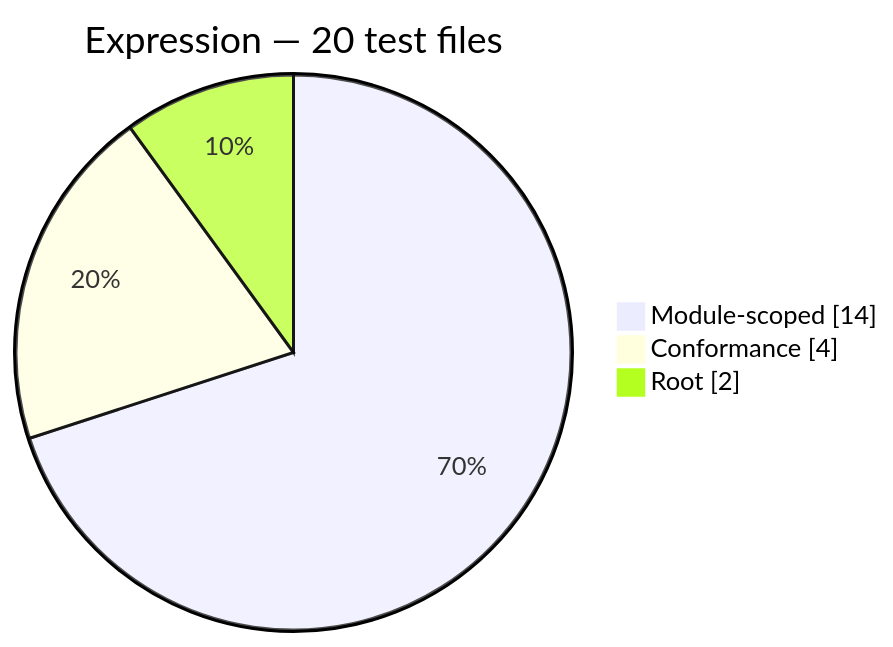
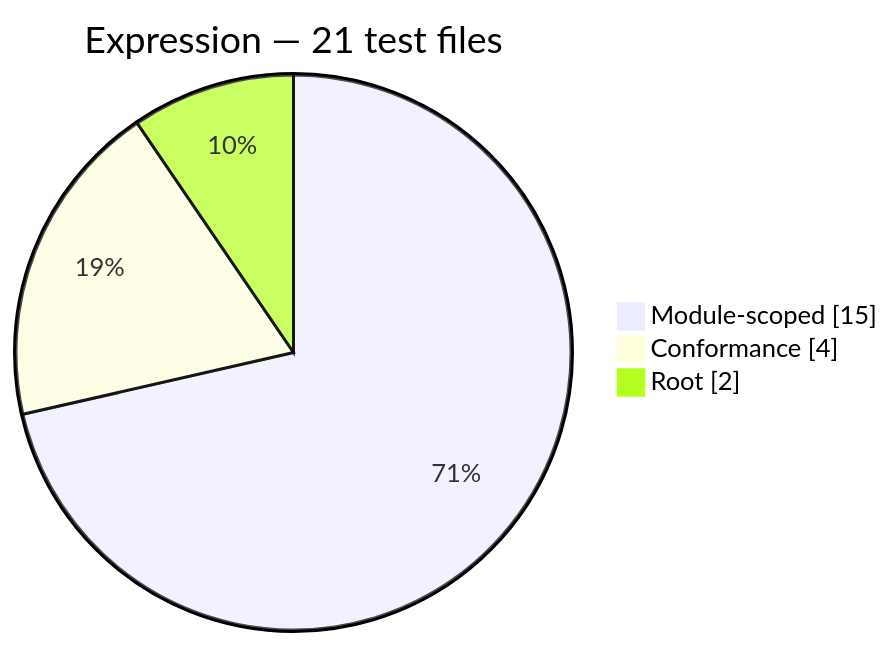
One commit to Mohammed-Alama/php-arazzo changed the second of 12 diagrams in docs/generated/test-composition.md. Above: the diagram before and after it, drawn with Mermaid. The commit also changed other lines of this file and 22 other files, not shown here.

````diff
--- a/docs/generated/test-composition.md
+++ b/docs/generated/test-composition.md
@@ -28,7 +28,7 @@
 ```mermaid
 pie showData
-    title Expression — 20 test files
-    "Module-scoped": 14
+    title Expression — 21 test files
+    "Module-scoped": 15
     "Conformance": 4
     "Root": 2
 ```
````
